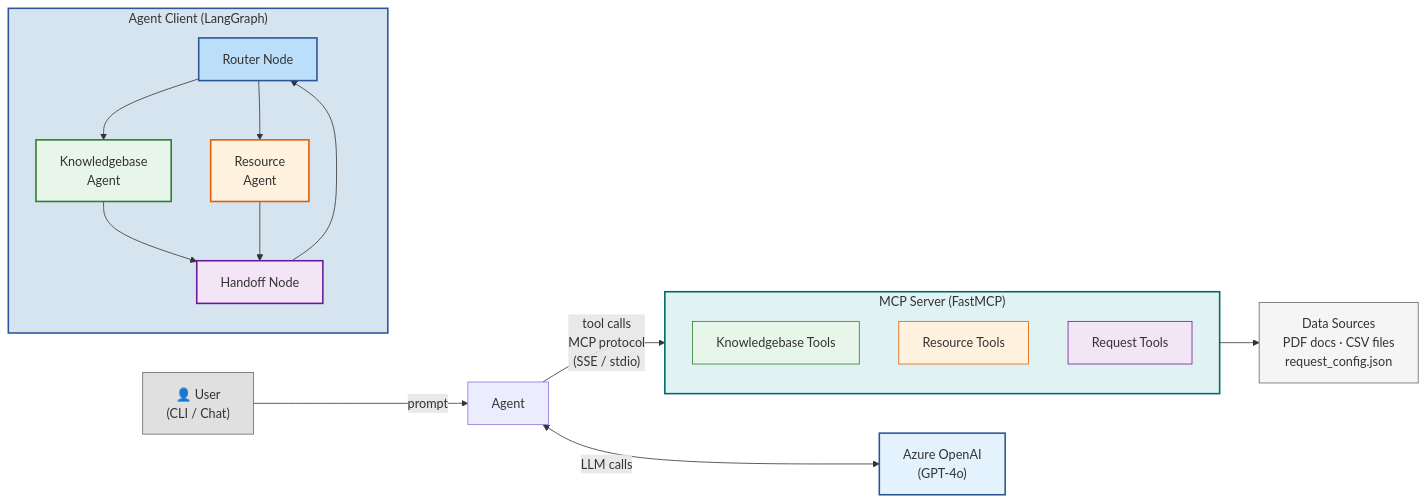
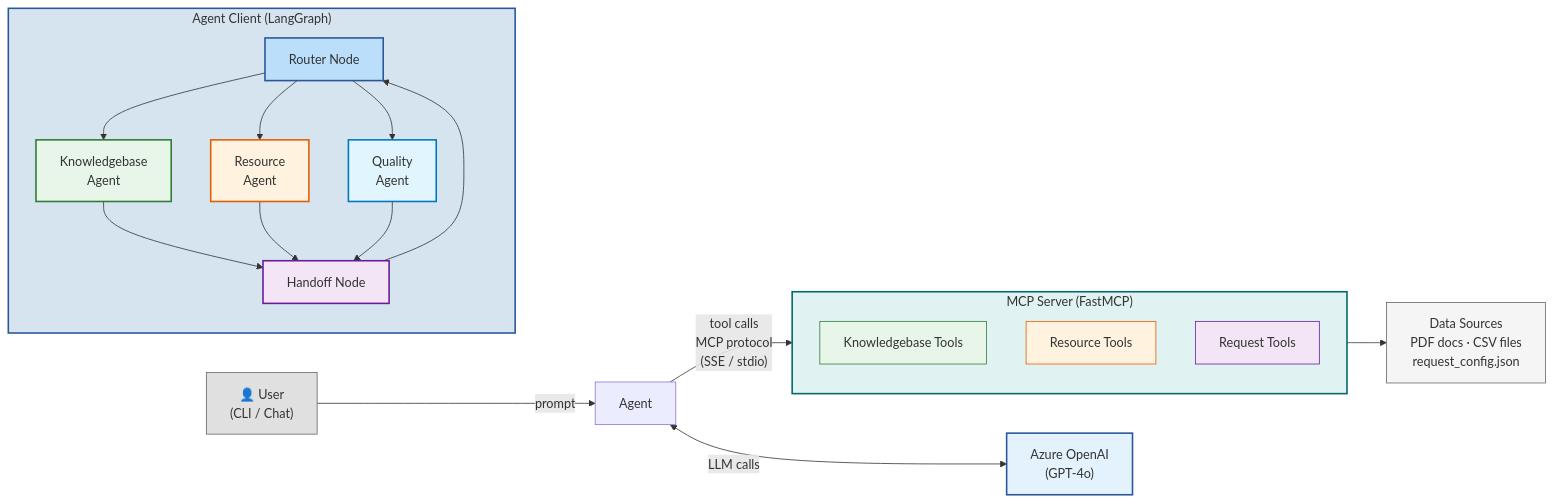
The first of 3 diagrams in docs/architecture.md (vsrajan/AgenticAI), drawn with Mermaid before and after one commit. The commit also changed other lines of this file and 4 other files, not shown here.

````diff
--- a/docs/architecture.md
+++ b/docs/architecture.md
@@ -11,44 +11,48 @@
 ```mermaid
 graph LR
     User["👤 User<br/>(CLI / Chat)"]
     User -->|"prompt"| Agent
 
     subgraph AgentClient["Agent Client (LangGraph)"]
         direction TB
         Router["Router Node"]
         KB["Knowledgebase<br/>Agent"]
         Res["Resource<br/>Agent"]
+        Qual["Quality<br/>Agent"]
         Handoff["Handoff Node"]
         Router --> KB
         Router --> Res
+        Router --> Qual
         KB --> Handoff
         Res --> Handoff
+        Qual --> Handoff
         Handoff --> Router
     end
 
     Agent -->|"tool calls<br/>MCP protocol<br/>(SSE / stdio)"| MCP
 
     subgraph MCP["MCP Server (FastMCP)"]
         direction TB
         KBTools["Knowledgebase Tools"]
         ResTools["Resource Tools"]
         ReqTools["Request Tools"]
     end
 
     Agent <-->|"LLM calls"| LLM["Azure OpenAI<br/>(GPT-4o)"]
 
     MCP --> Data["Data Sources<br/>PDF docs · CSV files<br/>request_config.json"]
 
     style AgentClient fill:#d6e4f0,stroke:#2b579a,stroke-width:2px
     style MCP fill:#e0f2f1,stroke:#00696b,stroke-width:2px
     style LLM fill:#e3f2fd,stroke:#2b579a,stroke-width:2px
     style Data fill:#f5f5f5,stroke:#666,stroke-width:1px
     style User fill:#e0e0e0,stroke:#666,stroke-width:1px
     style Router fill:#bbdefb,stroke:#2b579a,stroke-width:2px
     style KB fill:#e8f5e9,stroke:#2e7d32,stroke-width:2px
     style Res fill:#fff3e0,stroke:#e65c00,stroke-width:2px
+    style Qual fill:#e1f5fe,stroke:#0277bd,stroke-width:2px
     style Handoff fill:#f3e5f5,stroke:#6a1b9a,stroke-width:2px
     style KBTools fill:#e8f5e9,stroke:#2e7d32,stroke-width:1px
     style ResTools fill:#fff3e0,stroke:#e65c00,stroke-width:1px
     style ReqTools fill:#f3e5f5,stroke:#6a1b9a,stroke-width:1px
 ```
````
